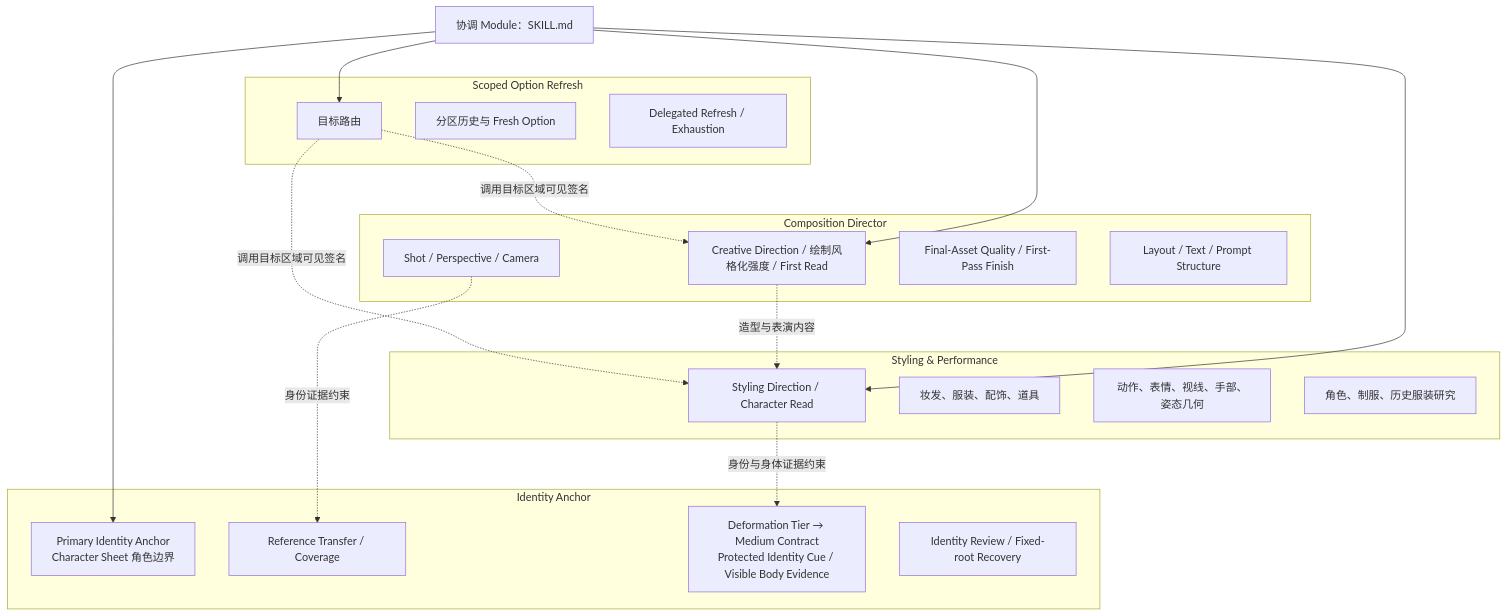
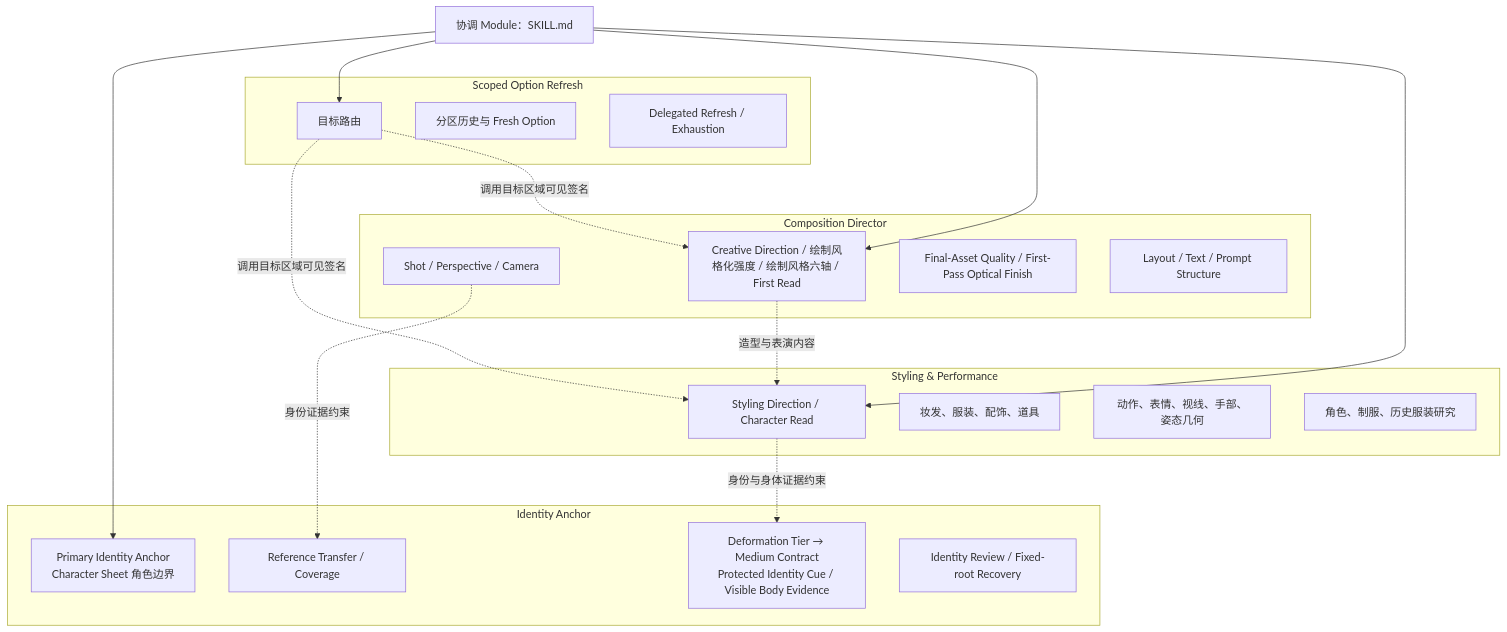
One commit to cyaoc/cast-me changed the second of 13 diagrams in docs/architecture.md. Above: the diagram before and after it, drawn with Mermaid. The commit also changed other lines of this file and 5 other files, not shown here.

````diff
--- a/docs/architecture.md
+++ b/docs/architecture.md
@@ -64,41 +64,41 @@
 ```mermaid
 flowchart TB
     K["协调 Module：SKILL.md"]
 
     subgraph ID["Identity Anchor"]
         I1["Primary Identity Anchor<br/>Character Sheet 角色边界"]
         I2["Reference Transfer / Coverage"]
         I3["Deformation Tier → Medium Contract<br/>Protected Identity Cue / Visible Body Evidence"]
         I4["Identity Review / Fixed-root Recovery"]
     end
 
     subgraph COMP["Composition Director"]
-        C1["Creative Direction / 绘制风格化强度 / First Read"]
+        C1["Creative Direction / 绘制风格化强度 / 绘制风格六轴 / First Read"]
         C2["Shot / Perspective / Camera"]
-        C3["Final-Asset Quality / First-Pass Finish"]
+        C3["Final-Asset Quality / First-Pass Optical Finish"]
         C4["Layout / Text / Prompt Structure"]
     end
 
     subgraph STYLE["Styling & Performance"]
         S1["Styling Direction / Character Read"]
         S2["妆发、服装、配饰、道具"]
         S3["动作、表情、视线、手部、姿态几何"]
         S4["角色、制服、历史服装研究"]
     end
 
     subgraph REFRESH["Scoped Option Refresh"]
         R1["目标路由"]
         R2["分区历史与 Fresh Option"]
         R3["Delegated Refresh / Exhaustion"]
     end
 
     K --> I1
     K --> C1
     K --> S1
     K --> R1
     C2 -.身份证据约束.-> I2
     S1 -.身份与身体证据约束.-> I3
     C1 -.造型与表演内容.-> S1
     R1 -.调用目标区域可见签名.-> C1
     R1 -.调用目标区域可见签名.-> S1
 ```
````
